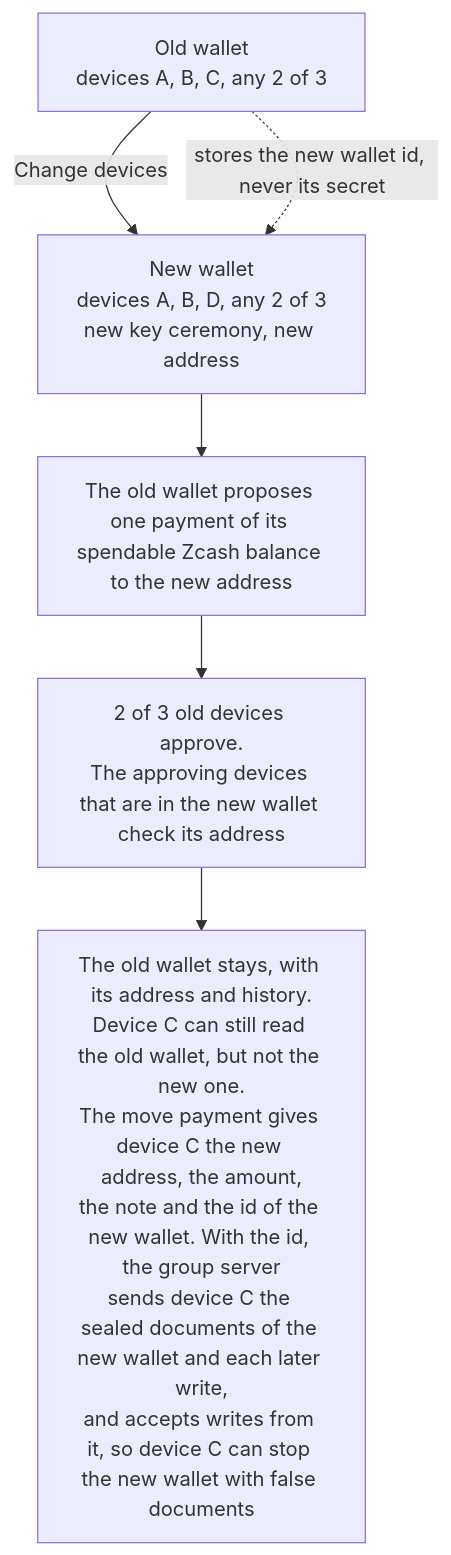
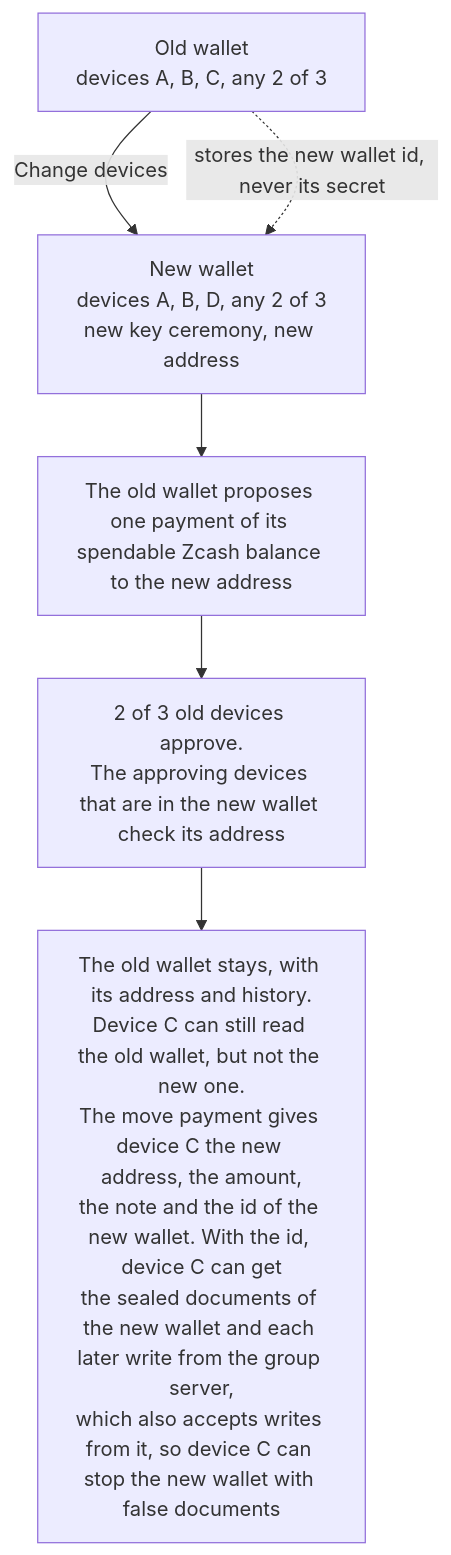
Before and after one commit to devzigs/zigs: the fourth of 4 diagrams in README.md, drawn with Mermaid. The commit also changed other lines of this file and 8 other files, not shown here.

````diff
--- a/README.md
+++ b/README.md
@@ -276,8 +276,8 @@
 ```mermaid
 flowchart TD
   OLD["Old wallet<br/>devices A, B, C, any 2 of 3"] -->|Change devices| NEW["New wallet<br/>devices A, B, D, any 2 of 3<br/>new key ceremony, new address"]
   OLD -.->|stores the new wallet id, never its secret| NEW
   NEW --> PAY["The old wallet proposes one payment of its spendable Zcash balance to the new address"]
   PAY --> OK["2 of 3 old devices approve.<br/>The approving devices that are in the new wallet check its address"]
-  OK --> STAY["The old wallet stays, with its address and history.<br/>Device C can still read the old wallet, but not the new one.<br/>The move payment gives device C the new address, the amount,<br/>the note and the id of the new wallet. With the id, the group server<br/>sends device C the sealed documents of the new wallet and each later write,<br/>and accepts writes from it, so device C can stop the new wallet with false documents"]
+  OK --> STAY["The old wallet stays, with its address and history.<br/>Device C can still read the old wallet, but not the new one.<br/>The move payment gives device C the new address, the amount,<br/>the note and the id of the new wallet. With the id, device C can get<br/>the sealed documents of the new wallet and each later write from the group server,<br/>which also accepts writes from it, so device C can stop the new wallet with false documents"]
 ```
````
